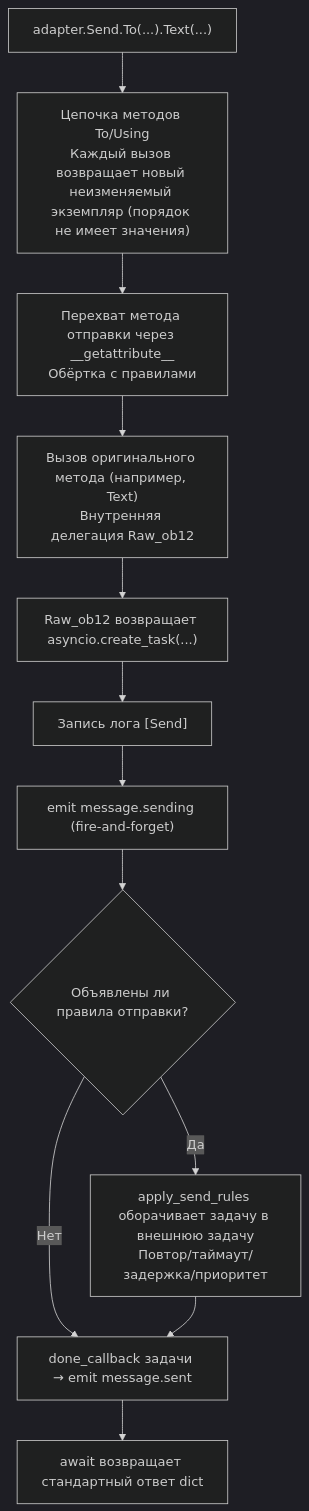
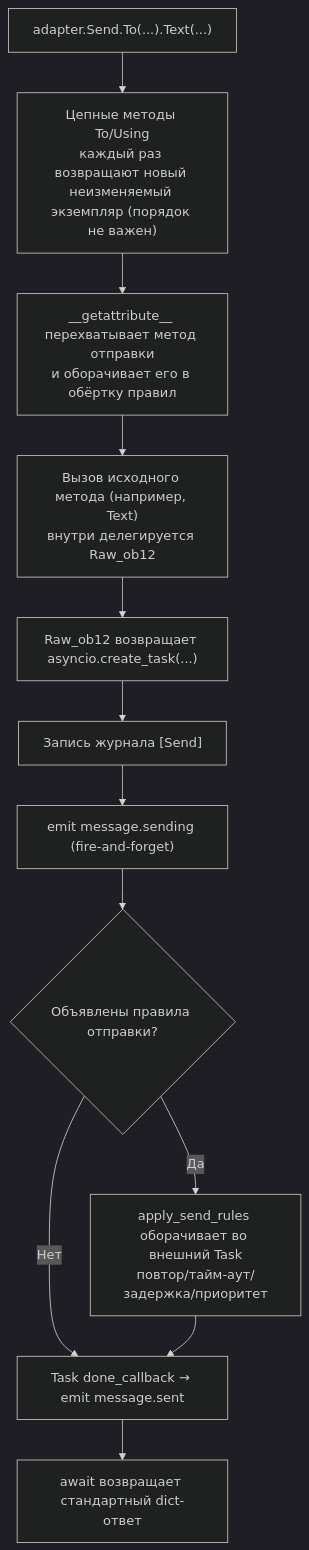
Before and after one commit to ErisPulse/ErisPulse: the second of 2 diagrams in docs/ru/developer-guide/adapters/send-dsl.md, drawn with Mermaid (dark theme). The commit also changed other lines of this file and 828 other files, not shown here.

````diff
--- a/docs/ru/developer-guide/adapters/send-dsl.md
+++ b/docs/ru/developer-guide/adapters/send-dsl.md
@@ -577,14 +578,14 @@
 ```mermaid
 flowchart TD
-    A["adapter.Send.To(...).Text(...)"] --> B["Цепочка методов To/Using<br/>Каждый вызов возвращает новый неизменяемый экземпляр (порядок не имеет значения)"]
-    B --> C["Перехват метода отправки через __getattribute__<br/>Обёртка с правилами"]
-    C --> D["Вызов оригинального метода (например, Text)<br/>Внутренняя делегация Raw_ob12"]
+    A["adapter.Send.To(...).Text(...)"] --> B["Цепные методы To/Using<br/>каждый раз возвращают новый неизменяемый экземпляр (порядок не важен)"]
+    B --> C["__getattribute__ перехватывает метод отправки<br/>и оборачивает его в обёртку правил"]
+    C --> D["Вызов исходного метода (например, Text)<br/>внутри делегируется Raw_ob12"]
     D --> E["Raw_ob12 возвращает asyncio.create_task(...)"]
-    E --> F["Запись лога [Send]"]
+    E --> F["Запись журнала [Send]"]
     F --> G["emit message.sending (fire-and-forget)"]
-    G --> H{"Объявлены ли правила отправки?"}
-    H -->|"Нет"| I["done_callback задачи → emit message.sent"]
-    H -->|"Да"| J["apply_send_rules оборачивает задачу в внешнюю задачу<br/>Повтор/таймаут/задержка/приоритет"]
+    G --> H{"Объявлены правила отправки?"}
+    H -->|"Нет"| I["Task done_callback → emit message.sent"]
+    H -->|"Да"| J["apply_send_rules оборачивает во внешний Task<br/>повтор/тайм-аут/задержка/приоритет"]
     J --> I
-    I --> K["await возвращает стандартный ответ dict"]
+    I --> K["await возвращает стандартный dict-ответ"]
 ```
````
